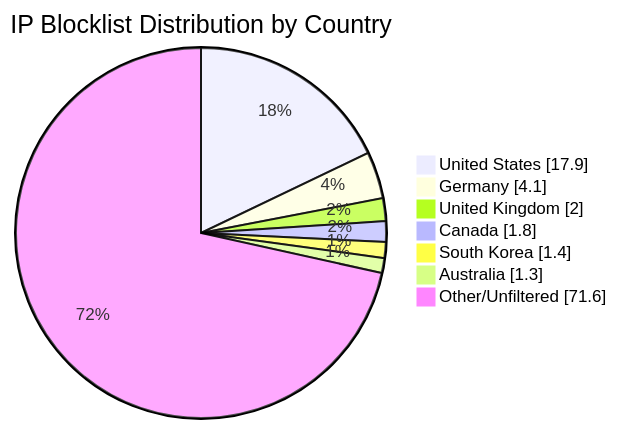
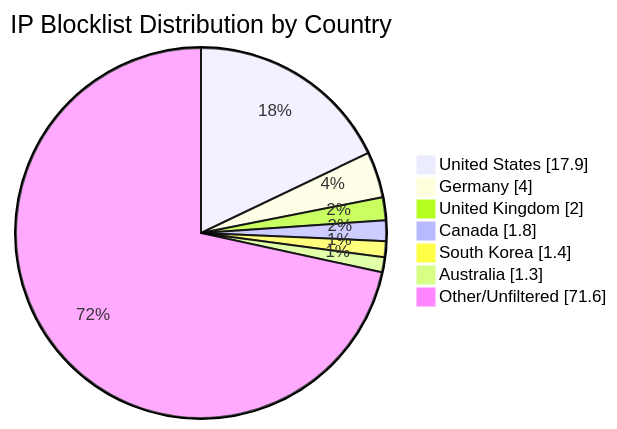
The diagram in README.md (MarcusHoltz/ipblocklist-geofiltered-aggregator), drawn with Mermaid before and after one commit. The commit also changed other lines of this file and 9 other files, not shown here.

````diff
--- a/README.md
+++ b/README.md
@@ -34,10 +34,10 @@
 ```mermaid
 pie showData title IP Blocklist Distribution by Country
 "United States" : 17.9
-"Germany" : 4.1
+"Germany" : 4.0
 "United Kingdom" : 2.0
 "Canada" : 1.8
 "South Korea" : 1.4
 "Australia" : 1.3
 "Other/Unfiltered" : 71.6
 ```
````
